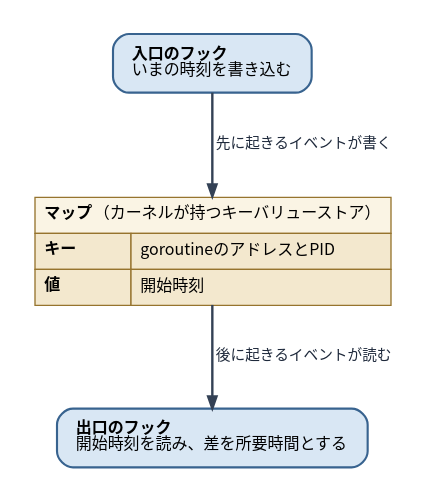
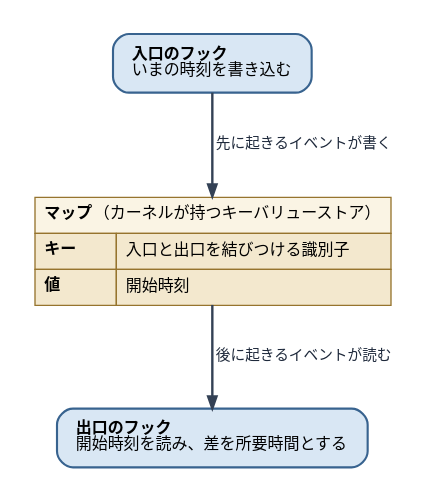
Before and after one commit to ymotongpoo/zenn.dev: the diagram in diagrams/go-ebpf-primer/20260820-map-pattern.dot, drawn with Graphviz. The commit also changed 74 other files, not shown here.

```diff
--- a/diagrams/go-ebpf-primer/20260820-map-pattern.dot
+++ b/diagrams/go-ebpf-primer/20260820-map-pattern.dot
@@ -1,37 +1,37 @@
 // マップで入口と出口をつなぐ
 digraph map_pattern {
   graph [
     fontname="Harano Aji Gothic,Noto Sans CJK JP,IPAGothic", fontsize=13,
     rankdir=TB, compound=true, splines=true,
     nodesep=0.5, ranksep=0.7, pad=0.25,
     bgcolor="white", newrank=true
   ];
   node [
     fontname="Harano Aji Gothic,Noto Sans CJK JP,IPAGothic", fontsize=12,
     shape=box, style="rounded,filled",
     fillcolor="#F1F5F9", color="#475569", penwidth=1.6,
     margin="0.2,0.14"
   ];
   edge [
     fontname="Harano Aji Gothic,Noto Sans CJK JP,IPAGothic", fontsize=11,
     color="#334155", penwidth=1.4, arrowsize=0.9,
     fontcolor="#1E293B"
   ];
   ranksep=0.9;
 
   entry [label=<<b>入口のフック</b><br align="left"/>いまの時刻を書き込む<br align="left"/>>,
          fillcolor="#D9E7F4", color="#38638F"];
 
   map [shape=plain, style="", label=<
     <table border="0" cellborder="1" cellspacing="0" cellpadding="6" color="#96742E">
       <tr><td colspan="2" align="left" bgcolor="#FAF4E4"><b>マップ</b>（カーネルが持つキーバリューストア）</td></tr>
-      <tr><td align="left" bgcolor="#F3E8CE"><b>キー</b></td><td align="left" bgcolor="#F3E8CE">goroutineのアドレスとPID</td></tr>
+      <tr><td align="left" bgcolor="#F3E8CE"><b>キー</b></td><td align="left" bgcolor="#F3E8CE">入口と出口を結びつける識別子</td></tr>
       <tr><td align="left" bgcolor="#F3E8CE"><b>値</b></td><td align="left" bgcolor="#F3E8CE">開始時刻</td></tr>
     </table>>];
 
   exit [label=<<b>出口のフック</b><br align="left"/>開始時刻を読み、差を所要時間とする<br align="left"/>>,
         fillcolor="#D9E7F4", color="#38638F"];
 
   entry -> map [label=" 先に起きるイベントが書く", penwidth=1.8];
   map -> exit [label=" 後に起きるイベントが読む", penwidth=1.8];
 }
```
